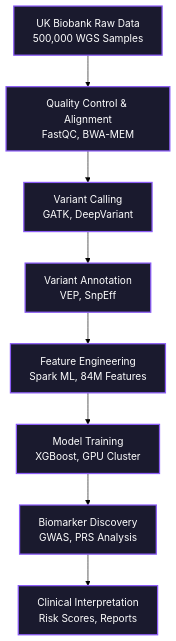
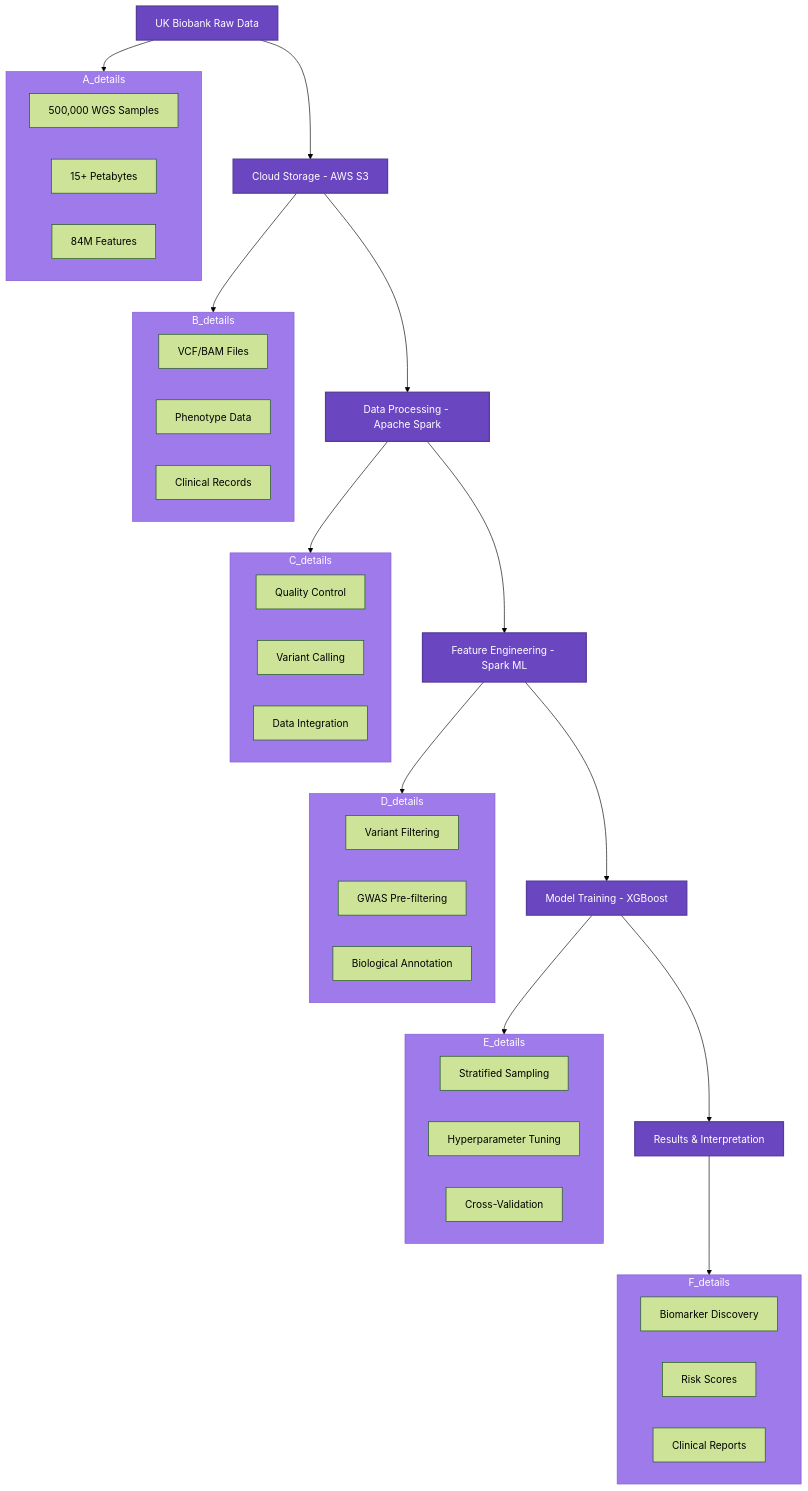
The diagram in index.md (idrees118/idrees118.github.io), drawn with Mermaid (forest theme) before and after one commit. The commit also changed other lines of this file, not shown here.

```diff
--- a/index.md
+++ b/index.md
@@ -444,19 +460,64 @@
-        <div class="mermaid">
+            <div class="mermaid">
 graph TD
-    A[UK Biobank Raw Data<br/>500,000 WGS Samples] --> B[Quality Control & Alignment<br/>FastQC, BWA-MEM]
-    B --> C[Variant Calling<br/>GATK, DeepVariant]
-    C --> D[Variant Annotation<br/>VEP, SnpEff]
-    D --> E[Feature Engineering<br/>Spark ML, 84M Features]
-    E --> F[Model Training<br/>XGBoost, GPU Cluster]
-    F --> G[Biomarker Discovery<br/>GWAS, PRS Analysis]
-    G --> H[Clinical Interpretation<br/>Risk Scores, Reports]
+    A[UK Biobank Raw Data] --> B[Cloud Storage - AWS S3]
+    B --> C[Data Processing - Apache Spark]
+    C --> D[Feature Engineering - Spark ML]
+    D --> E[Model Training - XGBoost]
+    E --> F[Results & Interpretation]
     
-    style A fill:#1a1a2e,stroke:#8b5cf6,stroke-width:2px,color:#ffffff
-    style B fill:#1a1a2e,stroke:#8b5cf6,stroke-width:2px,color:#ffffff
-    style C fill:#1a1a2e,stroke:#8b5cf6,stroke-width:2px,color:#ffffff
-    style D fill:#1a1a2e,stroke:#8b5cf6,stroke-width:2px,color:#ffffff
-    style E fill:#1a1a2e,stroke:#8b5cf6,stroke-width:2px,color:#ffffff
-    style F fill:#1a1a2e,stroke:#8b5cf6,stroke-width:2px,color:#ffffff
-    style G fill:#1a1a2e,stroke:#8b5cf6,stroke-width:2px,color:#ffffff
-    style H fill:#1a1a2e,stroke:#8b5cf6,stroke-width:2px,color:#ffffff
-        </div>
+    subgraph A_details
+        A1[500,000 WGS Samples]
+        A2[15+ Petabytes]
+        A3[84M Features]
+    end
+    
+    subgraph B_details
+        B1[VCF/BAM Files]
+        B2[Phenotype Data]
+        B3[Clinical Records]
+    end
+    
+    subgraph C_details
+        C1[Quality Control]
+        C2[Variant Calling]
+        C3[Data Integration]
+    end
+    
+    subgraph D_details
+        D1[Variant Filtering]
+        D2[GWAS Pre-filtering]
+        D3[Biological Annotation]
+    end
+    
+    subgraph E_details
+        E1[Stratified Sampling]
+        E2[Hyperparameter Tuning]
+        E3[Cross-Validation]
+    end
+    
+    subgraph F_details
+        F1[Biomarker Discovery]
+        F2[Risk Scores]
+        F3[Clinical Reports]
+    end
+    
+    A --> A_details
+    B --> B_details
+    C --> C_details
+    D --> D_details
+    E --> E_details
+    F --> F_details
+
+    style A fill:#6B46C1,stroke:#553C9A,stroke-width:2px,color:#ffffff
+    style B fill:#6B46C1,stroke:#553C9A,stroke-width:2px,color:#ffffff
+    style C fill:#6B46C1,stroke:#553C9A,stroke-width:2px,color:#ffffff
+    style D fill:#6B46C1,stroke:#553C9A,stroke-width:2px,color:#ffffff
+    style E fill:#6B46C1,stroke:#553C9A,stroke-width:2px,color:#ffffff
+    style F fill:#6B46C1,stroke:#553C9A,stroke-width:2px,color:#ffffff
+    style A_details fill:#9F7AEA,stroke:#805AD5,stroke-width:1px,color:#ffffff
+    style B_details fill:#9F7AEA,stroke:#805AD5,stroke-width:1px,color:#ffffff
+    style C_details fill:#9F7AEA,stroke:#805AD5,stroke-width:1px,color:#ffffff
+    style D_details fill:#9F7AEA,stroke:#805AD5,stroke-width:1px,color:#ffffff
+    style E_details fill:#9F7AEA,stroke:#805AD5,stroke-width:1px,color:#ffffff
+    style F_details fill:#9F7AEA,stroke:#805AD5,stroke-width:1px,color:#ffffff
+            </div>
```
